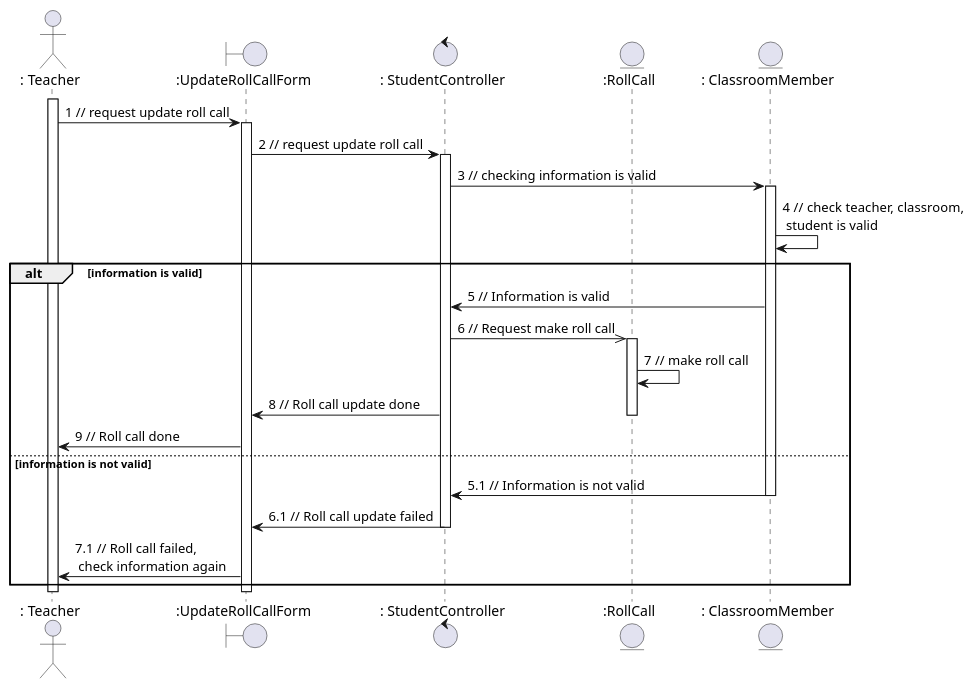
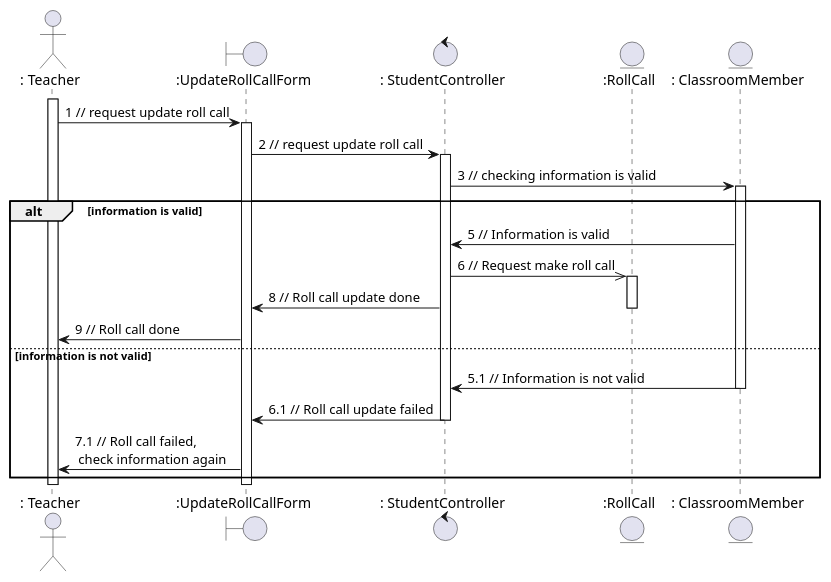
One commit to anonyhostvn/OOAD-Diagram changed the diagram in sequence - analaysis/rollcall/updateRollCall.plantuml. Above: the diagram before and after it, drawn with PlantUML. The commit also changed 3 other files, not shown here.

Commit message:
update bonus point and add roll call

```diff
--- a/sequence - analaysis/rollcall/updateRollCall.plantuml
+++ b/sequence - analaysis/rollcall/updateRollCall.plantuml
@@ -1,39 +1,37 @@
 @startuml updateRollCall
 
 actor ": Teacher"
 boundary ":UpdateRollCallForm"
 control ": StudentController"
 entity ":RollCall"
 entity ": ClassroomMember"
 
 activate ": Teacher"
 
 ": Teacher" -> ":UpdateRollCallForm": 1 // request update roll call
 activate ":UpdateRollCallForm"
 ":UpdateRollCallForm" -> ": StudentController": 2 // request update roll call
 activate ": StudentController"
 ": StudentController" -> ": ClassroomMember": 3 // checking information is valid
 activate ": ClassroomMember"
-": ClassroomMember" -> ": ClassroomMember": 4 // check teacher, classroom, \n student is valid
 alt information is valid
     ": ClassroomMember" -> ": StudentController": 5 // Information is valid
     ": StudentController" ->> ":RollCall": 6 // Request make roll call
     activate ":RollCall"
-    ":RollCall" -> ":RollCall": 7 // make roll call
     ": StudentController" -> ":UpdateRollCallForm": 8 // Roll call update done
     deactivate ":RollCall"
     ":UpdateRollCallForm" -> ": Teacher": 9 // Roll call done
 else information is not valid
     ": ClassroomMember" -> ": StudentController": 5.1 // Information is not valid
     deactivate ": ClassroomMember"
     ": StudentController" -> ":UpdateRollCallForm": 6.1 // Roll call update failed
     deactivate ": StudentController"
     ":UpdateRollCallForm" -> ": Teacher": 7.1 // Roll call failed,\n check information again
 end
 
 deactivate ":UpdateRollCallForm"
 deactivate ": Teacher"
 
 
 
 @enduml
```
